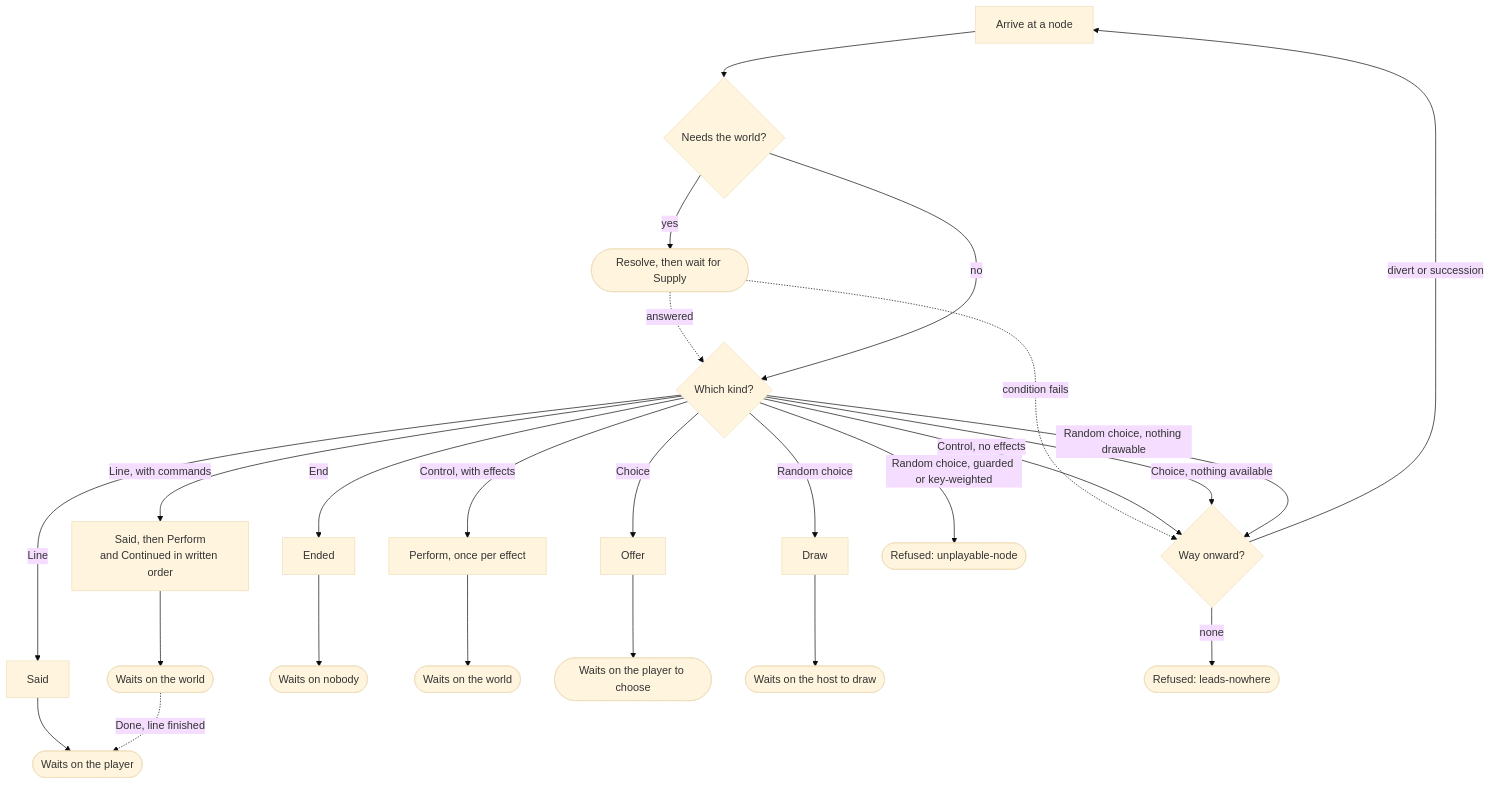
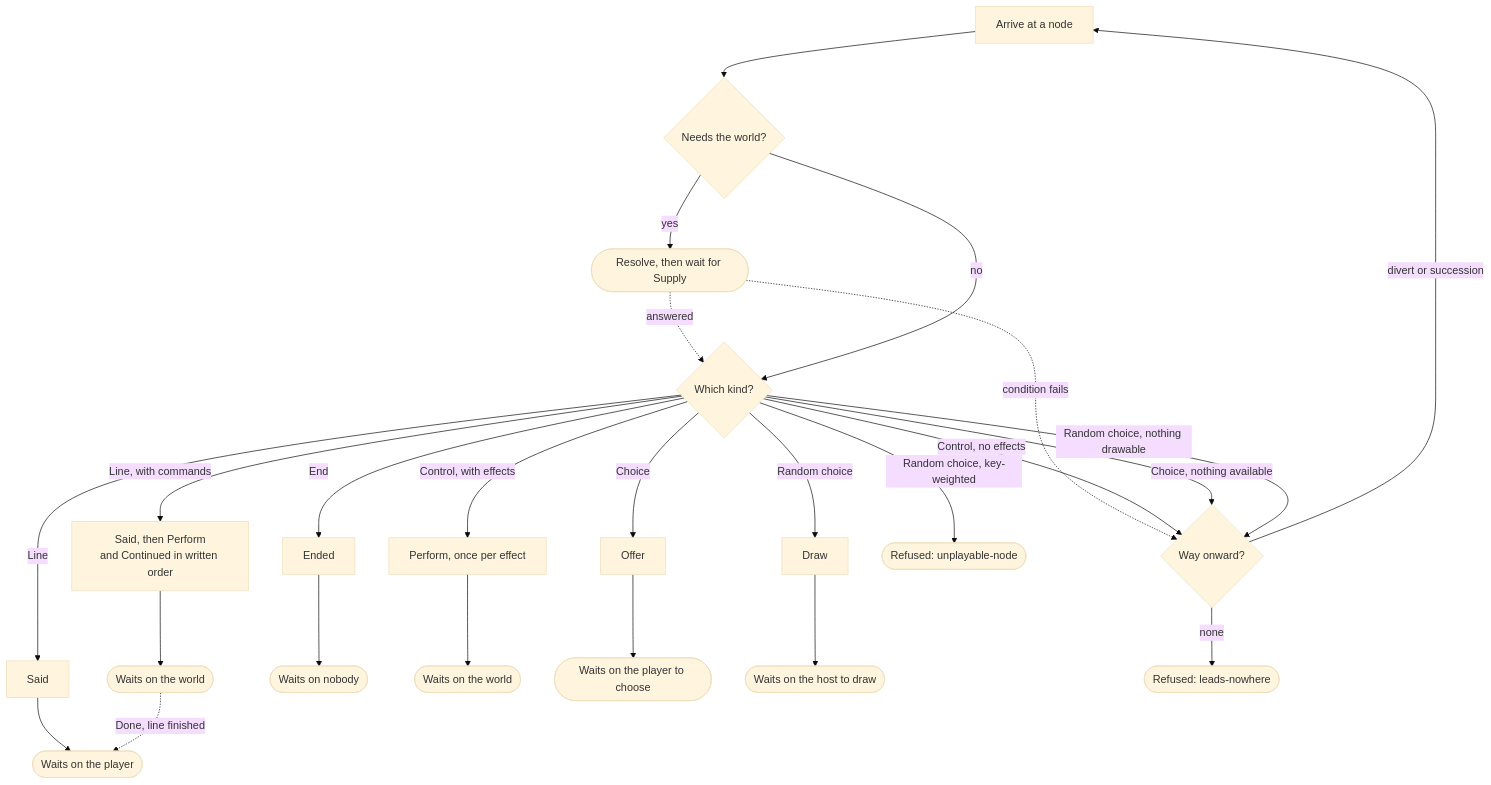
The second of 2 diagrams in docs/contributing/design-notes/runtime/Runner.md (pengzhengyi/dialoguedown), drawn with Mermaid (base theme) before and after one commit. The commit also changed other lines of this file and 34 other files, not shown here.

First line of the commit message:
feat(runtime): play a random choice whose random options are guarded (#610)

````diff
--- a/docs/contributing/design-notes/runtime/Runner.md
+++ b/docs/contributing/design-notes/runtime/Runner.md
@@ -176,21 +176,21 @@
 ```mermaid
 flowchart TD
     Arrive["Arrive at a node"] --> Cond{"Needs the world?"}
     Cond -->|yes| Resolve(["Resolve, then wait for Supply"])
     Resolve -.->|"condition fails"| Onward
     Resolve -.->|"answered"| Kind
     Cond -->|no| Kind{"Which kind?"}
     Kind -->|Line| Say["Said"] --> Player(["Waits on the player"])
     Kind -->|"Line, with commands"| Speak["Said, then Perform<br/>and Continued in written order"] --> LineWorld(["Waits on the world"])
     LineWorld -.->|"Done, line finished"| Player
     Kind -->|End| Over["Ended"] --> Nobody(["Waits on nobody"])
     Kind -->|"Control, with effects"| Ask["Perform, once per effect"] --> World(["Waits on the world"])
     Kind -->|"Control, no effects"| Onward{"Way onward?"}
     Kind -->|Choice| Offer["Offer"] --> Chooser(["Waits on the player to choose"])
     Kind -->|"Choice, nothing available"| Onward
     Kind -->|"Random choice"| Draw["Draw"] --> Host(["Waits on the host to draw"])
     Kind -->|"Random choice, nothing drawable"| Onward
-    Kind -->|"Random choice, guarded or key-weighted"| RefuseK(["Refused: unplayable-node"])
+    Kind -->|"Random choice, key-weighted"| RefuseK(["Refused: unplayable-node"])
     Onward -->|"divert or succession"| Arrive
     Onward -->|none| RefuseN(["Refused: leads-nowhere"])
 ```
````
